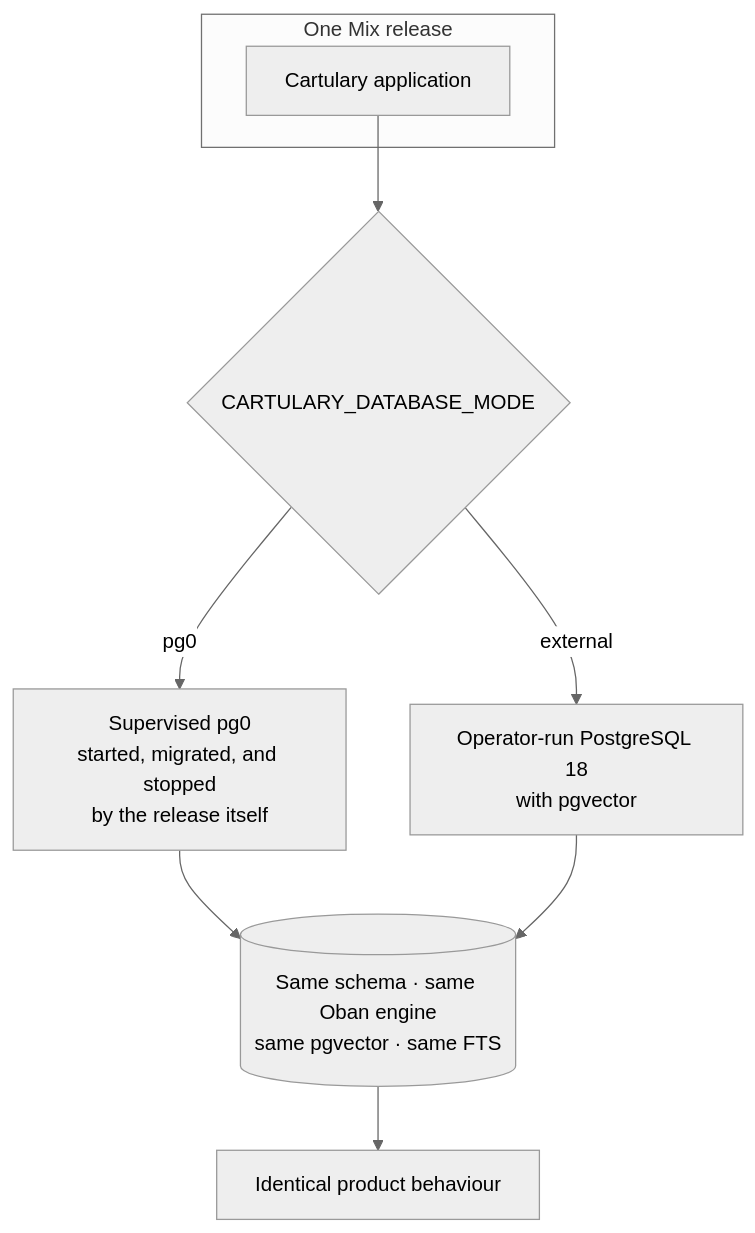
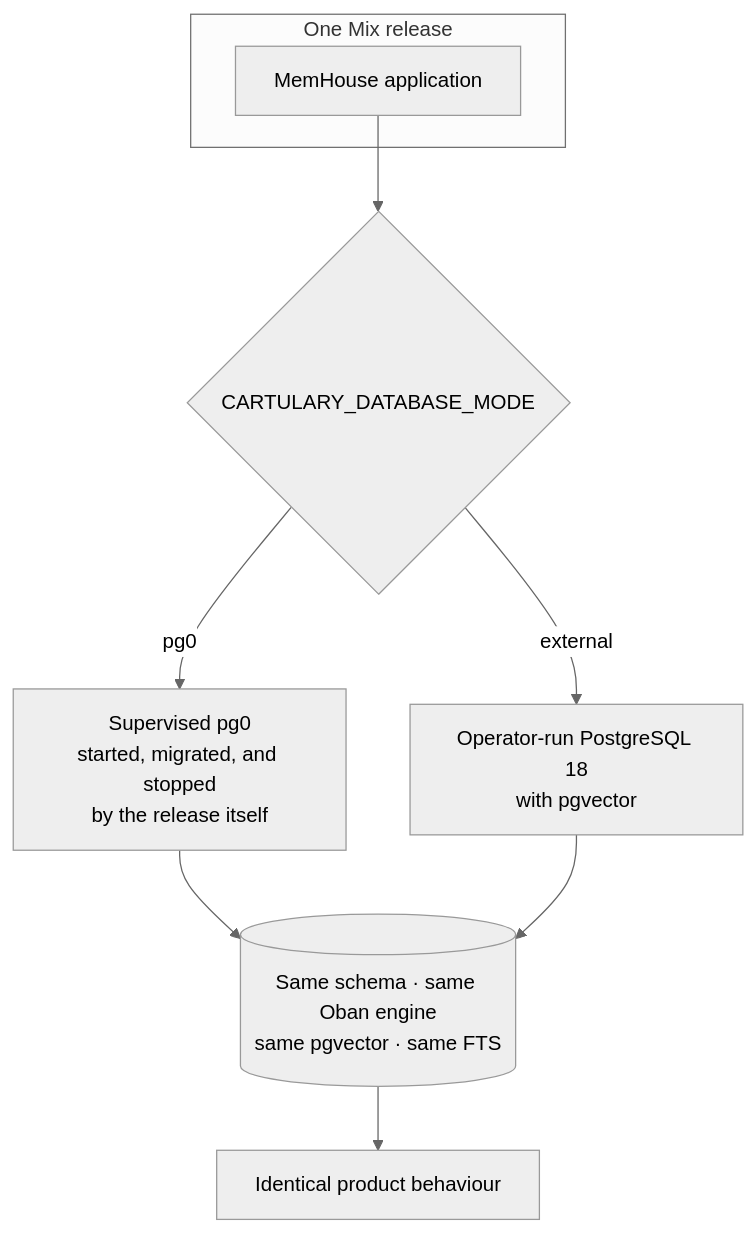
One commit to cartularyhq/cartulary changed the diagram in docs/concepts/deployment-modes.md. Above: the diagram before and after it, drawn with Mermaid (neutral theme). The commit also changed other lines of this file and 410 other files, not shown here.

Commit message:
rename to MemHouse

````diff
--- a/docs/concepts/deployment-modes.md
+++ b/docs/concepts/deployment-modes.md
@@ -10,12 +10,12 @@
 ```mermaid
 flowchart TB
     subgraph One["One Mix release"]
-        APP[Cartulary application]
+        APP[MemHouse application]
     end
     APP --> M{CARTULARY_DATABASE_MODE}
     M -->|pg0| E["Supervised pg0<br/>started, migrated, and stopped<br/>by the release itself"]
     M -->|external| X["Operator-run PostgreSQL 18<br/>with pgvector"]
     E --> G[(Same schema · same Oban engine<br/>same pgvector · same FTS)]
     X --> G
     G --> SAME["Identical product behaviour"]
 ```
````
